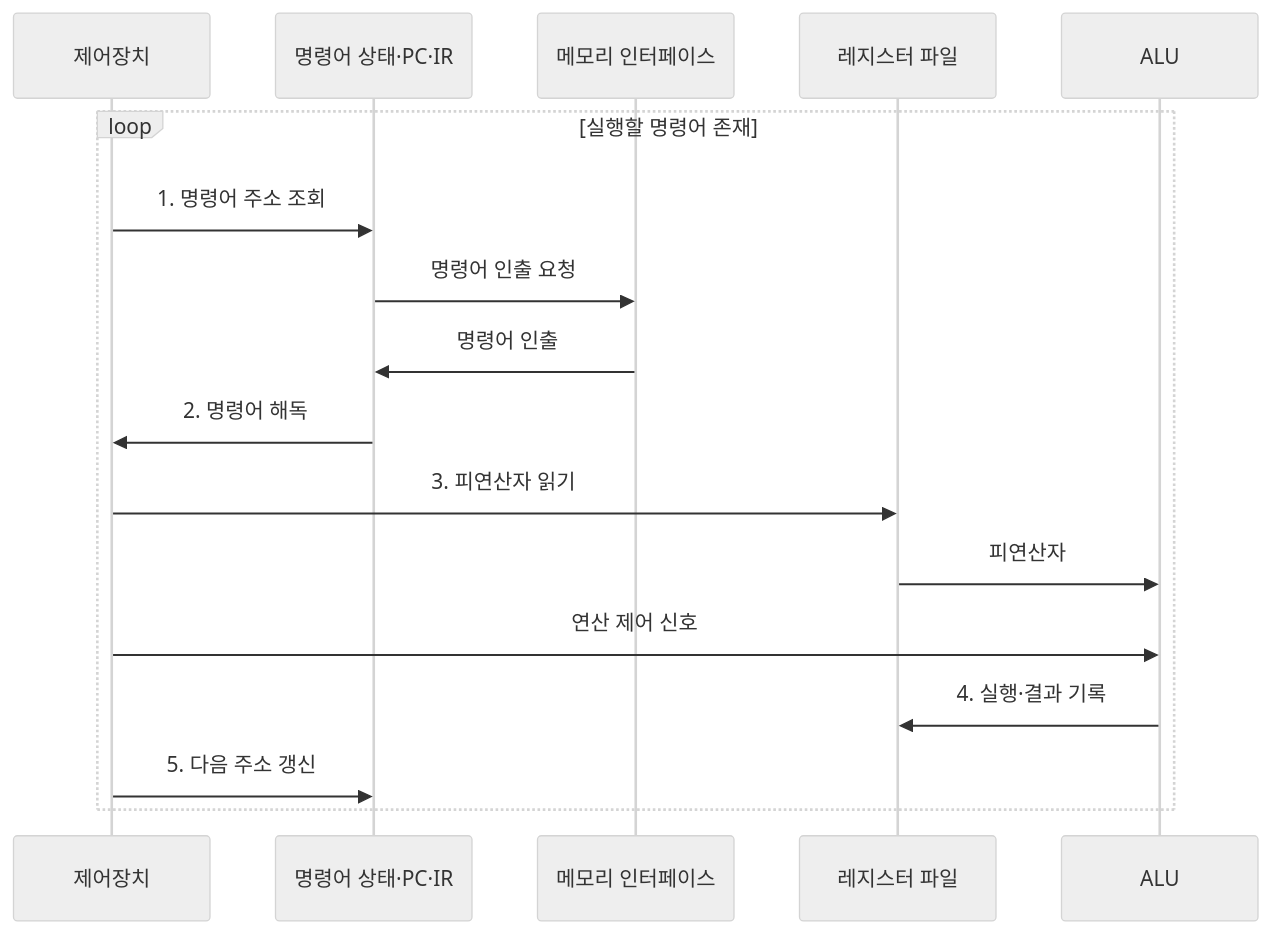
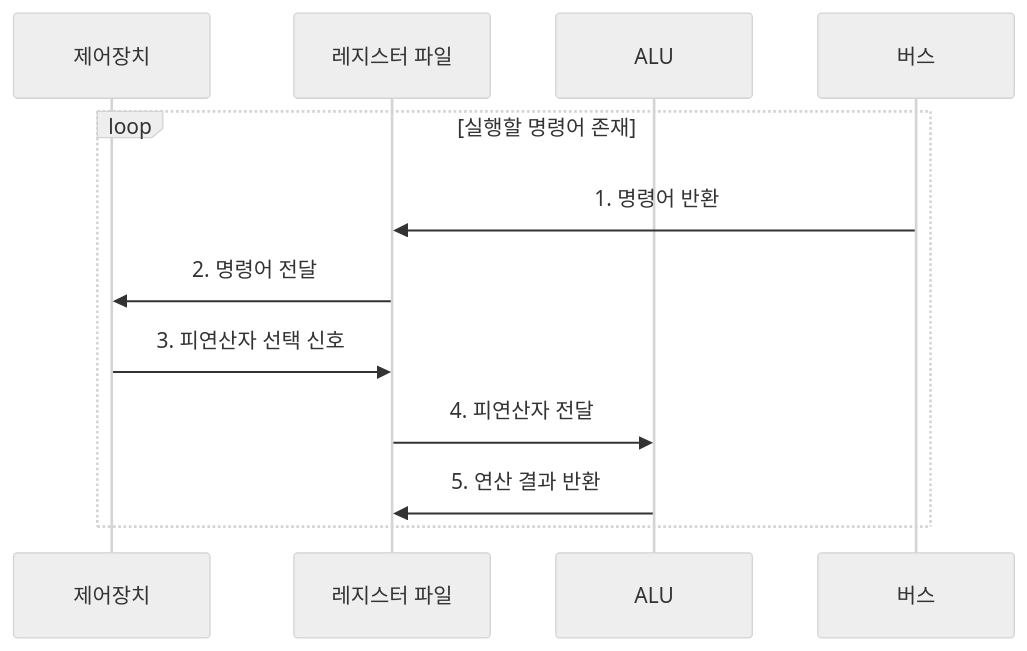
One commit to agnusdei1207/knowledge-base changed the second of 2 diagrams in src/content/docs/notes/02-hardware/002_cpu_components.md. Above: the diagram before and after it, drawn with Mermaid (neutral theme). The commit also changed other lines of this file and 20 other files, not shown here.

````diff
--- a/src/content/docs/notes/02-hardware/002_cpu_components.md
+++ b/src/content/docs/notes/02-hardware/002_cpu_components.md
@@ -84,19 +85,14 @@
 ```mermaid
 sequenceDiagram
     participant C as 제어장치
-    participant S as 명령어 상태·PC·IR
-    participant M as 메모리 인터페이스
     participant R as 레지스터 파일
     participant A as ALU
+    participant B as 버스
     loop 실행할 명령어 존재
-        C->>S: 1. 명령어 주소 조회
-        S->>M: 명령어 인출 요청
-        M->>S: 명령어 인출
-        S->>C: 2. 명령어 해독
-        C->>R: 3. 피연산자 읽기
-        R->>A: 피연산자
-        C->>A: 연산 제어 신호
-        A->>R: 4. 실행·결과 기록
-        C->>S: 5. 다음 주소 갱신
+        B->>R: 1. 명령어 반환
+        R->>C: 2. 명령어 전달
+        C->>R: 3. 피연산자 선택 신호
+        R->>A: 4. 피연산자 전달
+        A->>R: 5. 연산 결과 반환
     end
 ```
````
